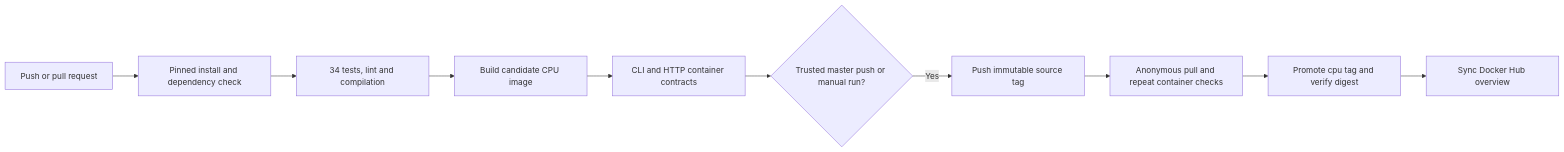
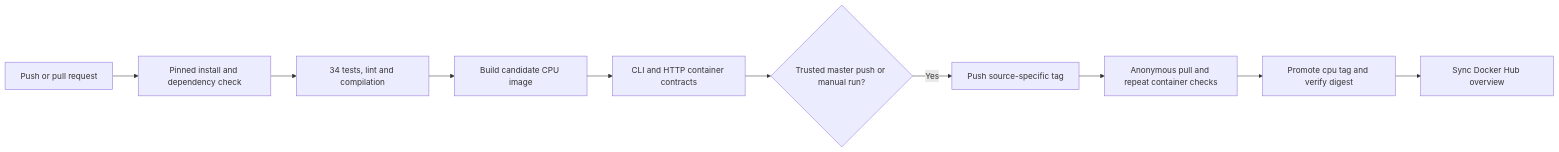
One commit to bmaged23/train-rnn-asd changed the diagram in docs/deployment/README.md. Above: the diagram before and after it, drawn with Mermaid. The commit also changed 3 other files, not shown here.

````diff
--- a/docs/deployment/README.md
+++ b/docs/deployment/README.md
@@ -73,12 +73,12 @@
 ```mermaid
 flowchart LR
     A[Push or pull request] --> B[Pinned install and dependency check]
     B --> C[34 tests, lint and compilation]
     C --> D[Build candidate CPU image]
     D --> E[CLI and HTTP container contracts]
     E --> F{Trusted master push or manual run?}
-    F -->|Yes| G[Push immutable source tag]
+    F -->|Yes| G[Push source-specific tag]
     G --> H[Anonymous pull and repeat container checks]
     H --> I[Promote cpu tag and verify digest]
     I --> J[Sync Docker Hub overview]
 ```
````
